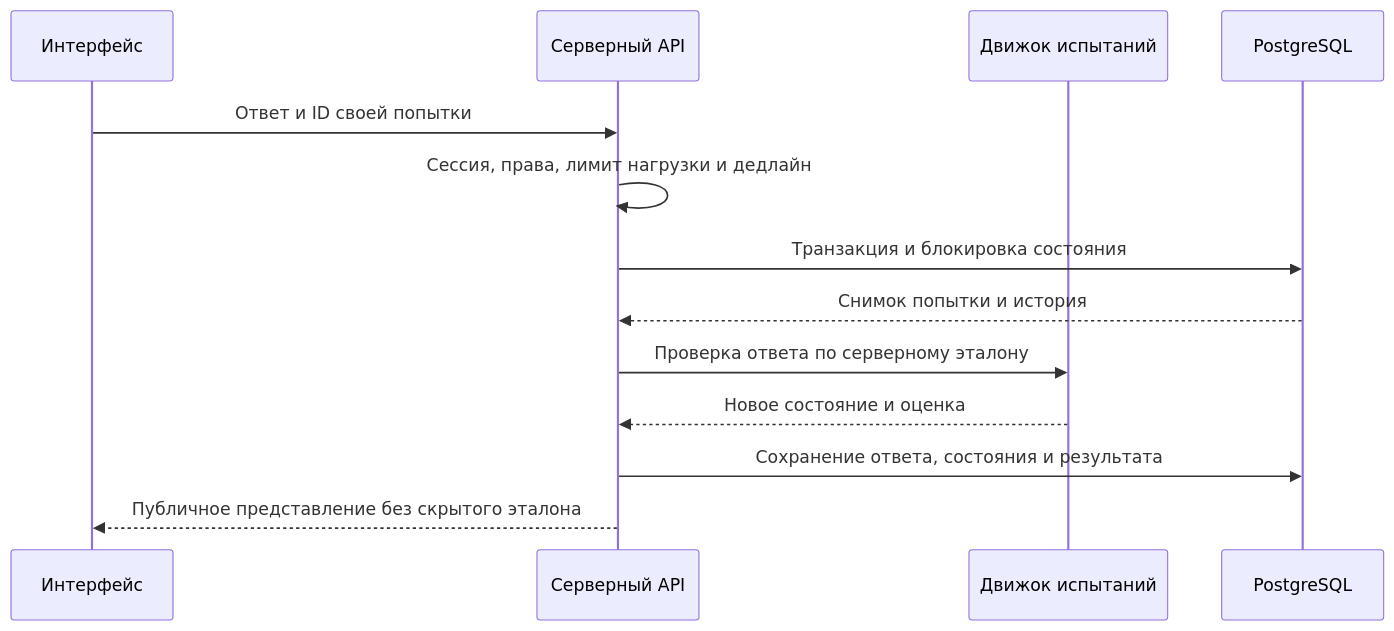
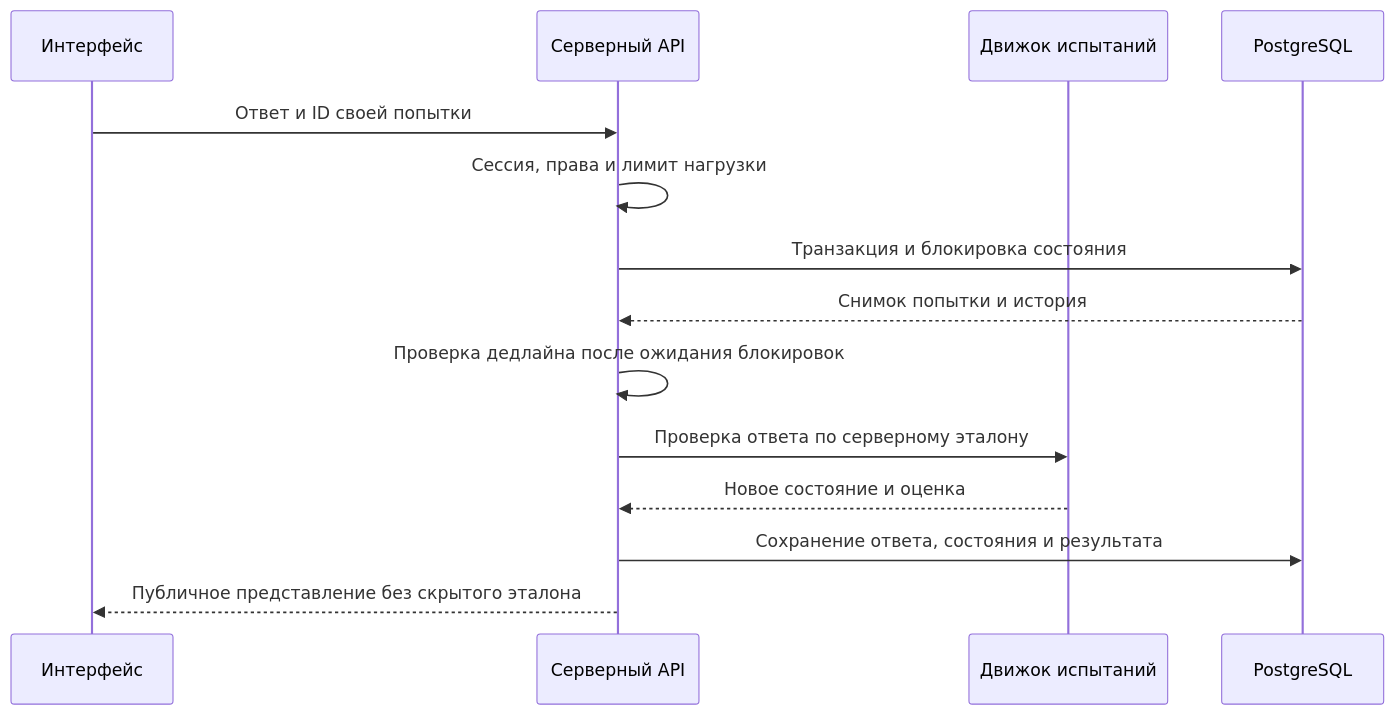
Before and after one commit to Yujir0k/Offerly: the third of 3 diagrams in README.md, drawn with Mermaid. The commit also changed other lines of this file, not shown here.

````diff
--- a/README.md
+++ b/README.md
@@ -378,15 +432,16 @@
 ```mermaid
 sequenceDiagram
     participant UI as Интерфейс
     participant API as Серверный API
     participant Engine as Движок испытаний
     participant DB as PostgreSQL
     UI->>API: Ответ и ID своей попытки
-    API->>API: Сессия, права, лимит нагрузки и дедлайн
+    API->>API: Сессия, права и лимит нагрузки
     API->>DB: Транзакция и блокировка состояния
     DB-->>API: Снимок попытки и история
+    API->>API: Проверка дедлайна после ожидания блокировок
     API->>Engine: Проверка ответа по серверному эталону
     Engine-->>API: Новое состояние и оценка
     API->>DB: Сохранение ответа, состояния и результата
     API-->>UI: Публичное представление без скрытого эталона
 ```
````
